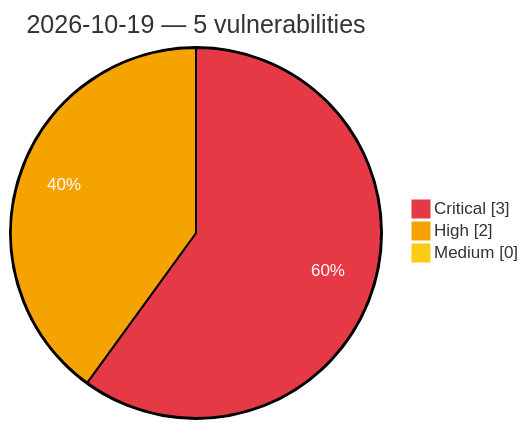
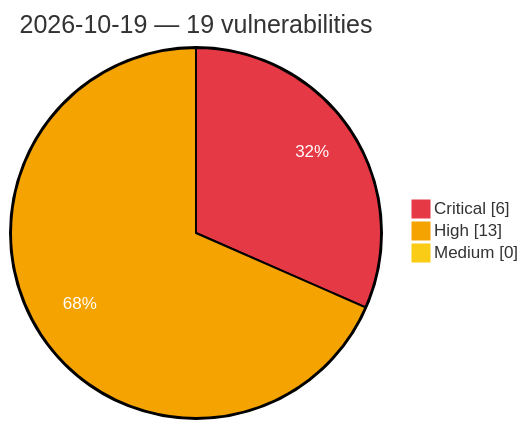
Before and after one commit to GhostX0X/vuln-tracker: the diagram in vulnerabilities/2026/October/2026-10-19.md, drawn with Mermaid. The commit also changed other lines of this file and 5 other files, not shown here.

Commit message:
Auto update: critical/high vulns (2026-10-19 14:19 UTC)

````diff
--- a/vulnerabilities/2026/October/2026-10-19.md
+++ b/vulnerabilities/2026/October/2026-10-19.md
@@ -3,8 +3,8 @@
 ```mermaid
 %%{init: {'theme':'base', 'themeVariables': {'pie1':'#e63946', 'pie2':'#f4a300', 'pie3':'#facc15', 'pieOpacity':'1', 'pieOuterStrokeWidth':'2px', 'pieSectionTextColor':'#ffffff'}}}%%
 pie showData
-    title 2026-10-19 — 5 vulnerabilities
-    "Critical" : 3
-    "High" : 2
+    title 2026-10-19 — 19 vulnerabilities
+    "Critical" : 6
+    "High" : 13
     "Medium" : 0
 ```
````
